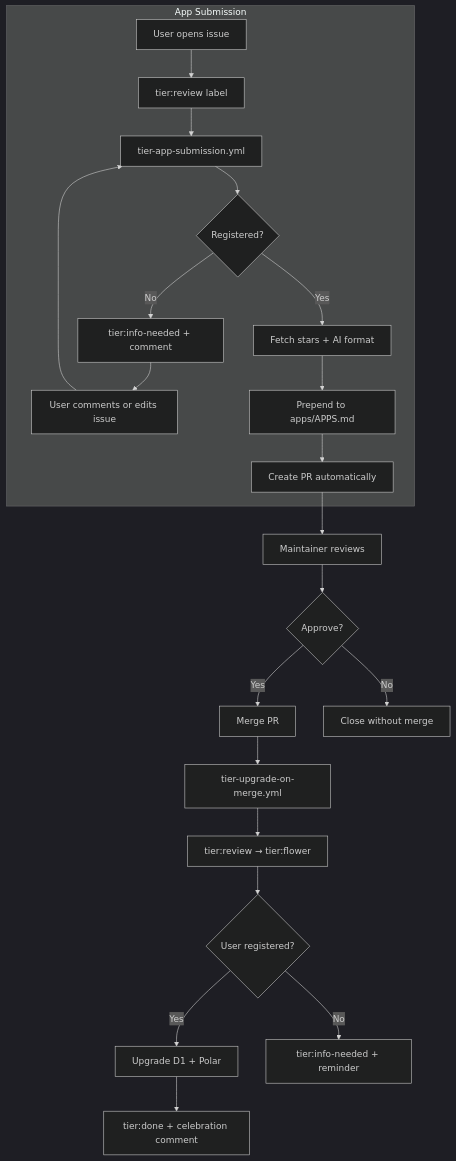
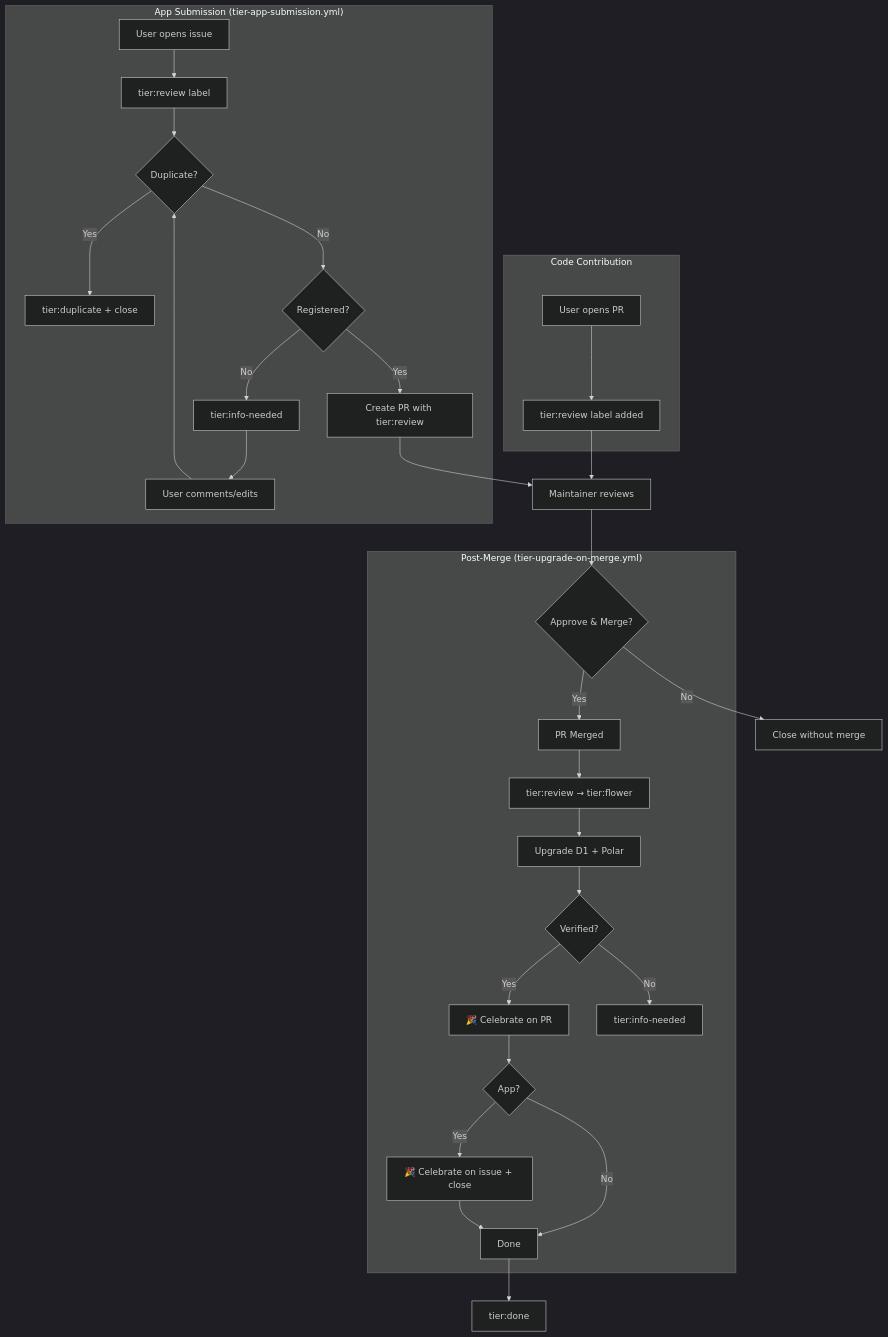
Before and after one commit to pollinations/pollinations: the diagram in .github/docs/TIER-UPGRADE.md, drawn with Mermaid. The commit also changed other lines of this file, not shown here.

Commit message:
docs: update TIER-UPGRADE.md with consolidated workflow
- Document deduplication runs BEFORE PR creation
- Show both app and code contribution flows
- Document all skip conditions (tier:done, tier:flower, closed, bot)
- Updated flow diagram showing unified post-merge handling

````diff
--- a/.github/docs/TIER-UPGRADE.md
+++ b/.github/docs/TIER-UPGRADE.md
@@ -57,28 +87,39 @@
 ```mermaid
 %%{init: {'theme': 'dark'}}%%
 flowchart TD
-    subgraph APP["App Submission"]
+    subgraph APP["App Submission (tier-app-submission.yml)"]
         A1[User opens issue] --> A2[tier:review label]
-        A2 --> A3[tier-app-submission.yml]
-        A3 --> A4{Registered?}
-        A4 -->|No| A5[tier:info-needed + comment]
-        A5 --> A6[User comments or edits issue]
+        A2 --> A3{Duplicate?}
+        A3 -->|Yes| A3a[tier:duplicate + close]
+        A3 -->|No| A4{Registered?}
+        A4 -->|No| A5[tier:info-needed]
+        A5 --> A6[User comments/edits]
         A6 --> A3
-        A4 -->|Yes| A8[Fetch stars + AI format]
-        A8 --> A9[Prepend to apps/APPS.md]
-        A9 --> A10[Create PR automatically]
+        A4 -->|Yes| A8[Create PR with tier:review]
     end
 
-    A10 --> C[Maintainer reviews]
+    subgraph CODE["Code Contribution"]
+        B1[User opens PR] --> B2[tier:review label added]
+    end
 
-    C --> D{Approve?}
-    D -->|Yes| E[Merge PR]
+    A8 --> C[Maintainer reviews]
+    B2 --> C
+
+    C --> D{Approve & Merge?}
     D -->|No| F[Close without merge]
 
-    E --> G[tier-upgrade-on-merge.yml]
-    G --> G1[tier:review → tier:flower]
-    G1 --> I{User registered?}
-    I -->|Yes| J[Upgrade D1 + Polar]
-    J --> K[tier:done + celebration comment]
-    I -->|No| L[tier:info-needed + reminder]
+    subgraph MERGE["Post-Merge (tier-upgrade-on-merge.yml)"]
+        D -->|Yes| E[PR Merged]
+        E --> G1[tier:review → tier:flower]
+        G1 --> G2[Upgrade D1 + Polar]
+        G2 --> G3{Verified?}
+        G3 -->|Yes| G4[🎉 Celebrate on PR]
+        G4 --> G5{App?}
+        G5 -->|Yes| G6[🎉 Celebrate on issue + close]
+        G5 -->|No| G7[Done]
+        G6 --> G7
+        G3 -->|No| G8[tier:info-needed]
+    end
+
+    G7 --> H[tier:done]
 ```
````
